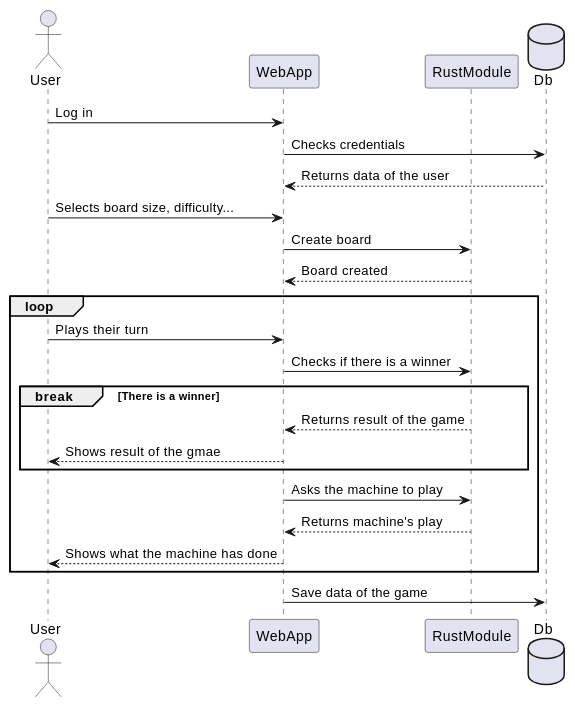
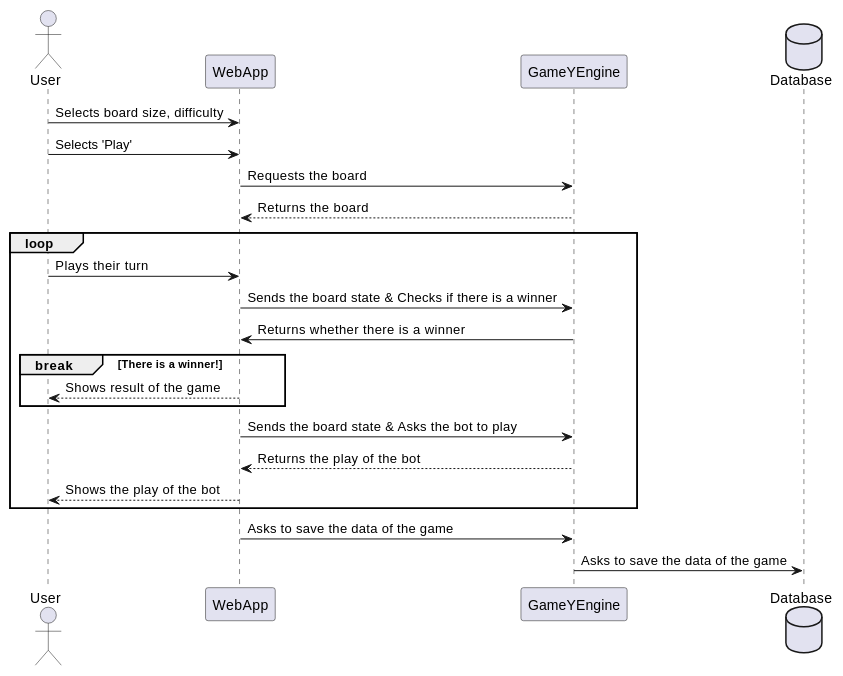
The second of 3 diagrams in docs/src/06_runtime_view.adoc (Arquisoft/yovi_en3b), drawn with PlantUML before and after one commit. The commit also changed other lines of this file, not shown here.

```diff
--- a/docs/src/06_runtime_view.adoc
+++ b/docs/src/06_runtime_view.adoc
@@ -10,30 +36,29 @@
-[plantuml,"Playing the game",png]
+[plantuml,"Game",png]
 ----
 @startuml
 actor User
 participant WebApp
-participant RustModule
-database Db
+participant GameYEngine
+database Database
 
-User -> WebApp: Log in
-WebApp -> Db: Checks credentials
-Db --> WebApp: Returns data of the user
-User -> WebApp: Selects board size, difficulty...
-WebApp -> RustModule: Create board
-RustModule --> WebApp: Board created
+User -> WebApp: Selects board size, difficulty
+User -> WebApp: Selects 'Play'
+WebApp -> GameYEngine: Requests the board
+GameYEngine --> WebApp: Returns the board
+
 loop
     User -> WebApp: Plays their turn
-    WebApp -> RustModule: Checks if there is a winner
+    WebApp -> GameYEngine: Sends the board state & Checks if there is a winner
+    GameYEngine -> WebApp: Returns whether there is a winner
+    break There is a winner!
+        WebApp --> User: Shows result of the game
+    end
+    WebApp -> GameYEngine: Sends the board state & Asks the bot to play
+    GameYEngine --> WebApp: Returns the play of the bot 
+    WebApp --> User: Shows the play of the bot
+end
 
-    break There is a winner  
-        RustModule --> WebApp: Returns result of the game
-        WebApp --> User: Shows result of the gmae
-    end
-
-    WebApp -> RustModule: Asks the machine to play
-    RustModule --> WebApp: Returns machine's play
-    WebApp --> User: Shows what the machine has done
-end
-WebApp -> Db: Save data of the game
+WebApp -> GameYEngine: Asks to save the data of the game
+GameYEngine -> Database: Asks to save the data of the game
 @enduml
 ----
```
